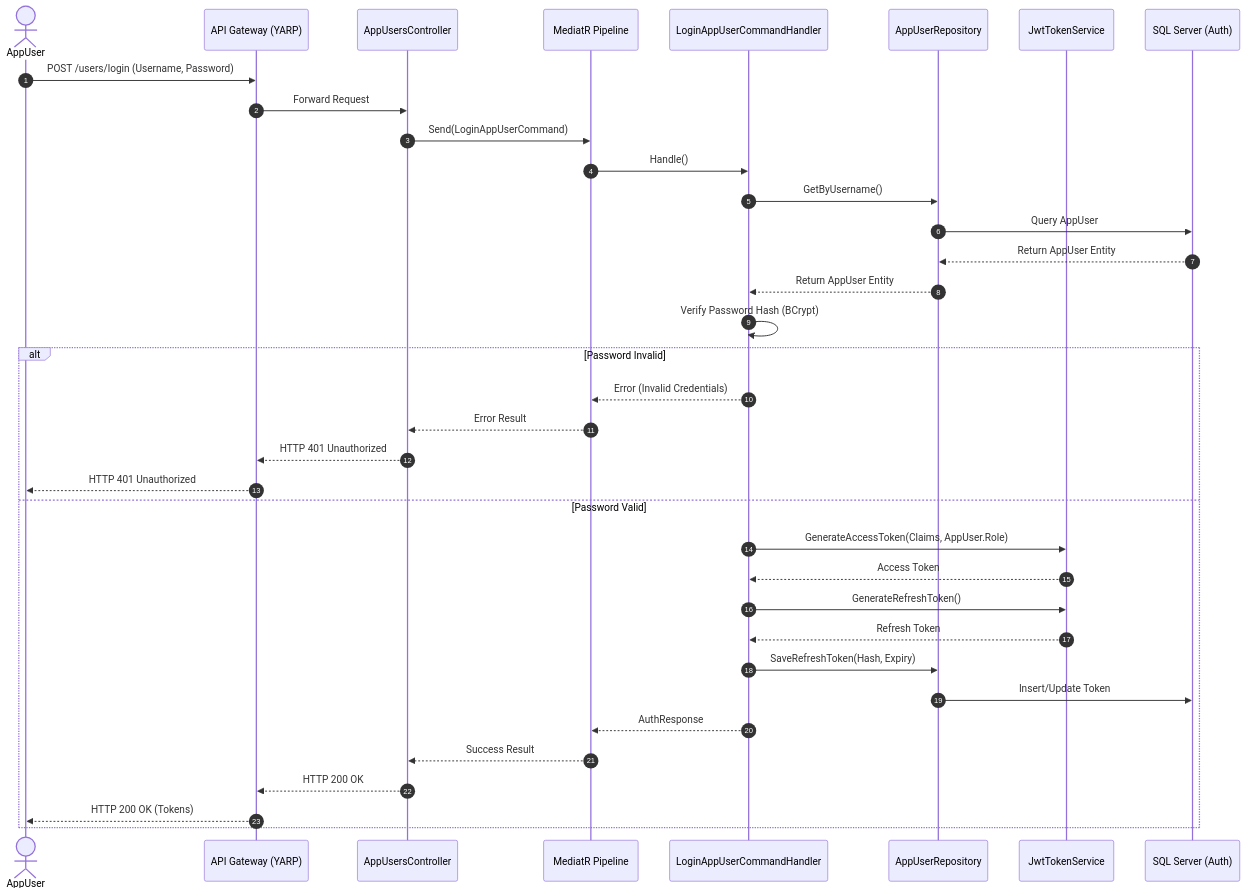
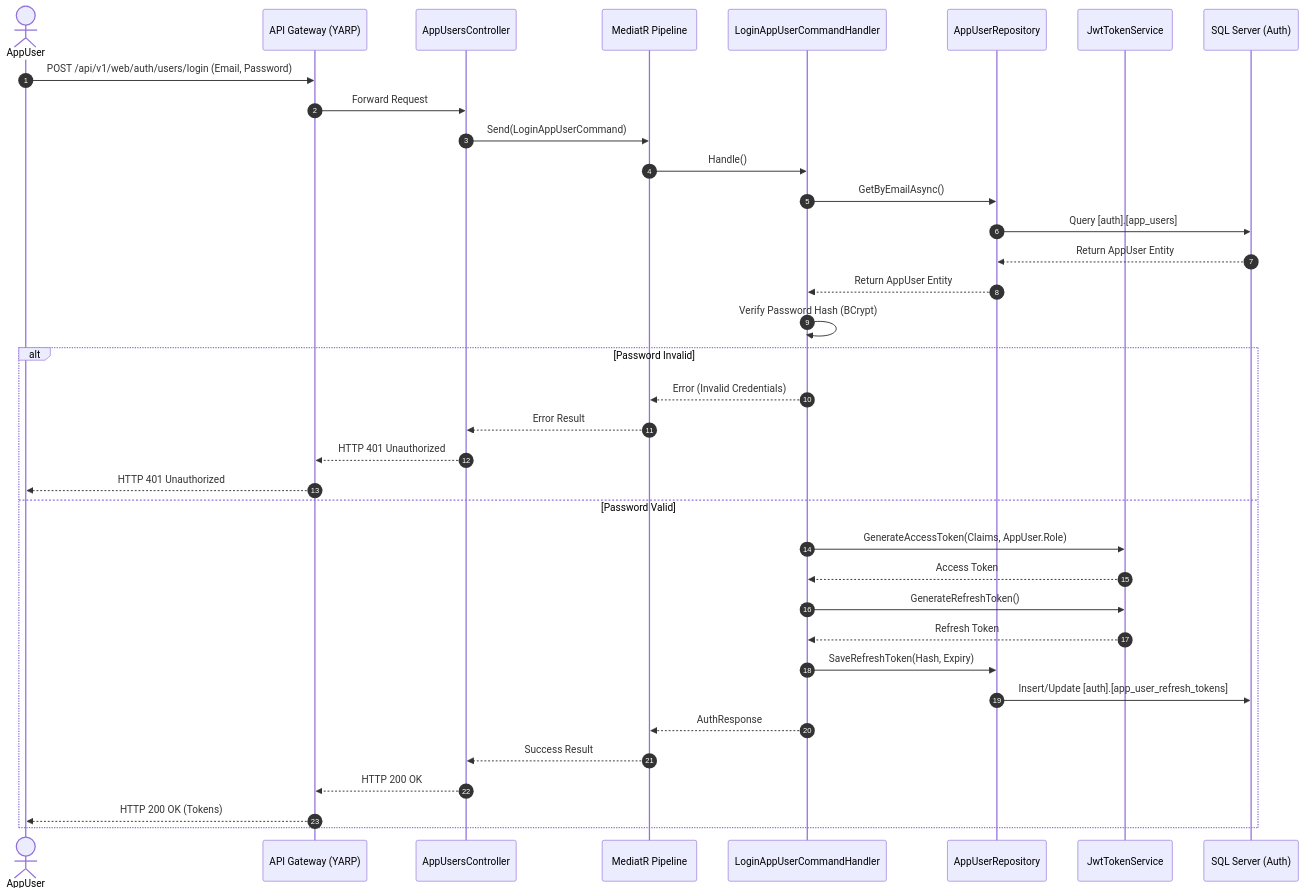
The second of 8 diagrams in docs/architecture/api-sequence-diagrams.md (odealidj/minione-edcl-net), drawn with Mermaid before and after one commit. The commit also changed other lines of this file and 15 other files, not shown here.

````diff
--- a/docs/architecture/api-sequence-diagrams.md
+++ b/docs/architecture/api-sequence-diagrams.md
@@ -74,40 +78,40 @@
 ```mermaid
 sequenceDiagram
     autonumber
     actor AppUser
     participant Gateway as API Gateway (YARP)
     participant Ctrl as AppUsersController
     participant MediatR as MediatR Pipeline
     participant Hndl as LoginAppUserCommandHandler
     participant Repo as AppUserRepository
     participant Jwt as JwtTokenService
     participant DB as SQL Server (Auth)
 
-    AppUser->>Gateway: POST /users/login (Username, Password)
+    AppUser->>Gateway: POST /api/v1/web/auth/users/login (Email, Password)
     Gateway->>Ctrl: Forward Request
     Ctrl->>MediatR: Send(LoginAppUserCommand)
     MediatR->>Hndl: Handle()
-    Hndl->>Repo: GetByUsername()
-    Repo->>DB: Query AppUser
+    Hndl->>Repo: GetByEmailAsync()
+    Repo->>DB: Query [auth].[app_users]
     DB-->>Repo: Return AppUser Entity
     Repo-->>Hndl: Return AppUser Entity
     Hndl->>Hndl: Verify Password Hash (BCrypt)
     
     alt Password Invalid
         Hndl-->>MediatR: Error (Invalid Credentials)
         MediatR-->>Ctrl: Error Result
         Ctrl-->>Gateway: HTTP 401 Unauthorized
         Gateway-->>AppUser: HTTP 401 Unauthorized
     else Password Valid
         Hndl->>Jwt: GenerateAccessToken(Claims, AppUser.Role)
         Jwt-->>Hndl: Access Token
         Hndl->>Jwt: GenerateRefreshToken()
         Jwt-->>Hndl: Refresh Token
         Hndl->>Repo: SaveRefreshToken(Hash, Expiry)
-        Repo->>DB: Insert/Update Token
+        Repo->>DB: Insert/Update [auth].[app_user_refresh_tokens]
         Hndl-->>MediatR: AuthResponse
         MediatR-->>Ctrl: Success Result
         Ctrl-->>Gateway: HTTP 200 OK
         Gateway-->>AppUser: HTTP 200 OK (Tokens)
     end
 ```
````
